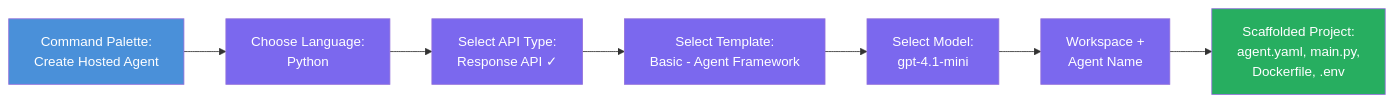
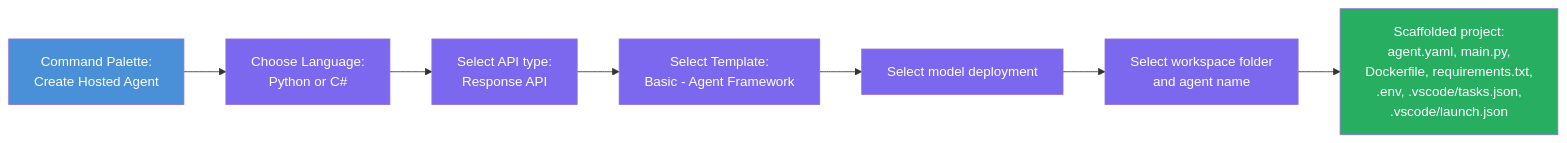
One commit to BethanyJep/Foundry-Toolkit-MVPs-Workshop changed the diagram in workshop/lab01-single-agent/docs/03-create-hosted-agent.md. Above: the diagram before and after it, drawn with Mermaid. The commit also changed other lines of this file and 40 other files, not shown here.

````diff
--- a/workshop/lab01-single-agent/docs/03-create-hosted-agent.md
+++ b/workshop/lab01-single-agent/docs/03-create-hosted-agent.md
@@ -9,25 +9,26 @@
 ```mermaid
 flowchart LR
     A["Command Palette:
     Create Hosted Agent"] --> B["Choose Language:
-    Python"]
-    B --> C["Select API Type:
-    Response API ✓"]
+    Python or C#"]
+    B --> C["Select API type:
+    Response API"]
     C --> D["Select Template:
     Basic - Agent Framework"]
-    D --> E["Select Model:
-    gpt-4.1-mini"]
-    E --> F["Workspace +
-    Agent Name"]
-    F --> G["Scaffolded Project:
+    D --> E["Select model deployment"]
+    E --> F["Select workspace folder
+    and agent name"]
+    F --> G["Scaffolded project:
     agent.yaml, main.py,
-    Dockerfile, .env"]
+    Dockerfile, requirements.txt,
+    .env, .vscode/tasks.json,
+    .vscode/launch.json"]
 
     style A fill:#4A90D9,color:#fff
     style B fill:#7B68EE,color:#fff
     style C fill:#7B68EE,color:#fff
     style D fill:#7B68EE,color:#fff
     style E fill:#7B68EE,color:#fff
     style F fill:#7B68EE,color:#fff
     style G fill:#27AE60,color:#fff
 ```
````
